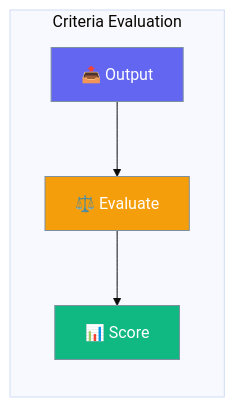
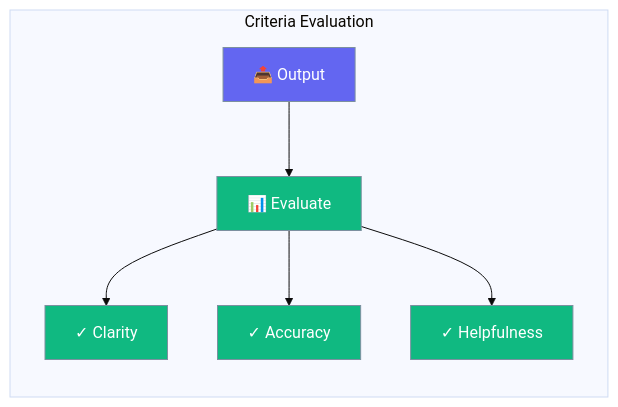
The diagram in docs/rust/criteria.mdx (MervinPraison/PraisonAIDocs), drawn with Mermaid (base theme) before and after one commit. The commit also changed other lines of this file and 87 other files, not shown here.

````diff
--- a/docs/rust/criteria.mdx
+++ b/docs/rust/criteria.mdx
@@ -10,15 +10,15 @@
 ```mermaid
 graph LR
     subgraph "Criteria Evaluation"
-        O[📤 Output] --> E[⚖️ Evaluate]
-        E --> S[📊 Score]
+        O[📤 Output] --> E[📊 Evaluate]
+        E --> C1[✓ Clarity]
+        E --> C2[✓ Accuracy]
+        E --> C3[✓ Helpfulness]
     end
     
     classDef output fill:#6366F1,stroke:#7C90A0,color:#fff
-    classDef eval fill:#F59E0B,stroke:#7C90A0,color:#fff
-    classDef score fill:#10B981,stroke:#7C90A0,color:#fff
+    classDef criteria fill:#10B981,stroke:#7C90A0,color:#fff
     
     class O output
-    class E eval
-    class S score
+    class E,C1,C2,C3 criteria
 ```
````
